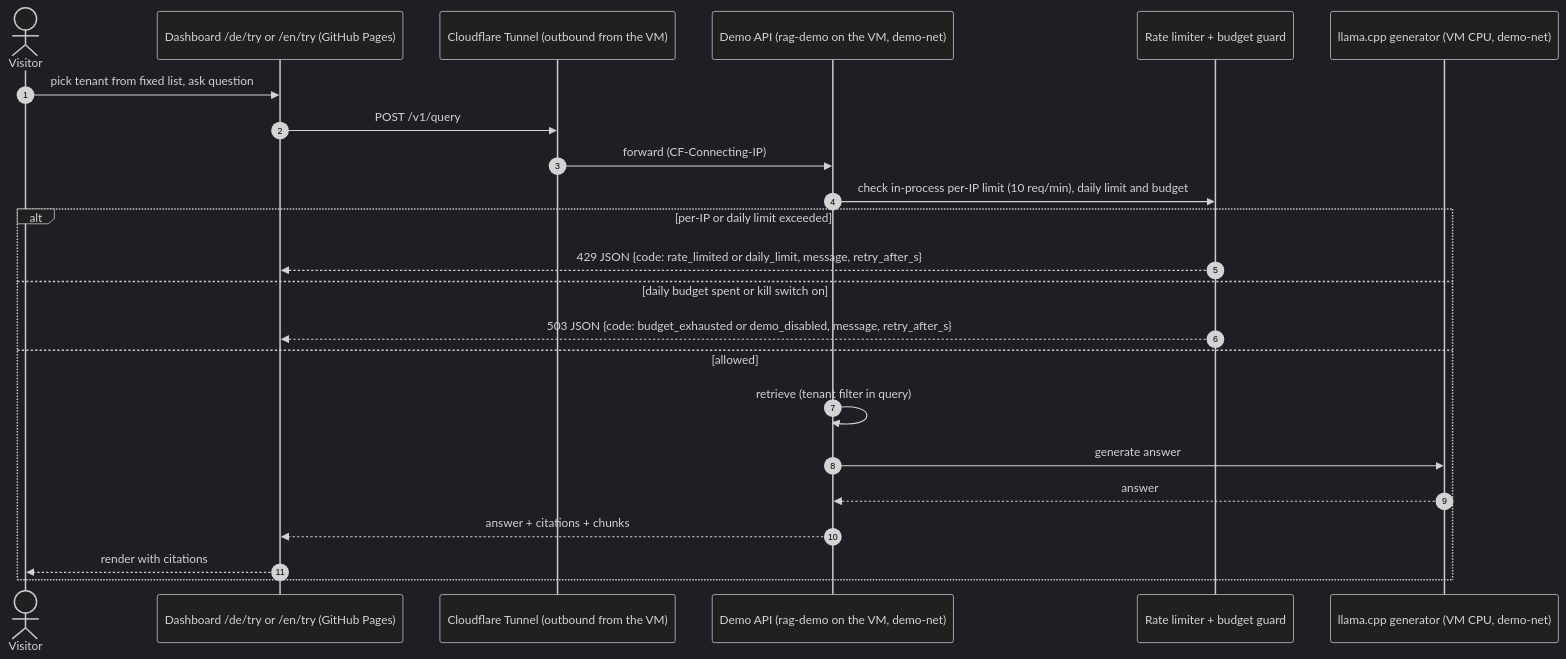
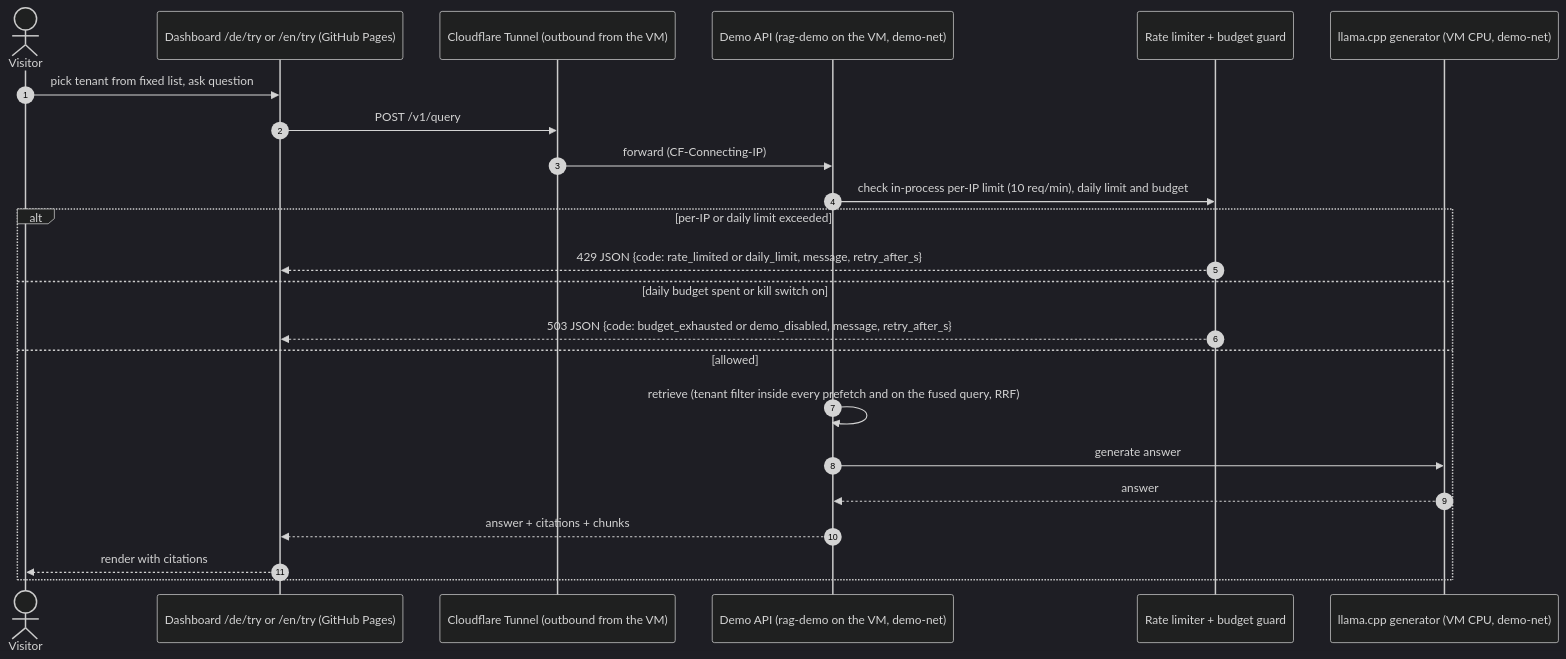
One commit to dheena18/pruefstand changed the eighth of 10 diagrams in docs/architecture/sequences.md. Above: the diagram before and after it, drawn with Mermaid (dark theme). The commit also changed other lines of this file and 60 other files, not shown here.

First line of the commit message:
feat(rag-demo): retriever with in-query tenant filter, RRF, reranker, /v1/retrieve (T3.5)

````diff
--- a/docs/architecture/sequences.md
+++ b/docs/architecture/sequences.md
@@ -389,26 +389,26 @@
 ```mermaid
 sequenceDiagram
     autonumber
     actor V as Visitor
     participant D as Dashboard /de/try or /en/try (GitHub Pages)
     participant CF as Cloudflare Tunnel (outbound from the VM)
     participant API as Demo API (rag-demo on the VM, demo-net)
     participant RL as Rate limiter + budget guard
     participant LLM as llama.cpp generator (VM CPU, demo-net)
 
     V->>D: pick tenant from fixed list, ask question
     D->>CF: POST /v1/query
     CF->>API: forward (CF-Connecting-IP)
     API->>RL: check in-process per-IP limit (10 req/min), daily limit and budget
     alt per-IP or daily limit exceeded
         RL-->>D: 429 JSON {code: rate_limited or daily_limit, message, retry_after_s}
     else daily budget spent or kill switch on
         RL-->>D: 503 JSON {code: budget_exhausted or demo_disabled, message, retry_after_s}
     else allowed
-        API->>API: retrieve (tenant filter in query)
+        API->>API: retrieve (tenant filter inside every prefetch and on the fused query, RRF)
         API->>LLM: generate answer
         LLM-->>API: answer
         API-->>D: answer + citations + chunks
         D-->>V: render with citations
     end
 ```
````
